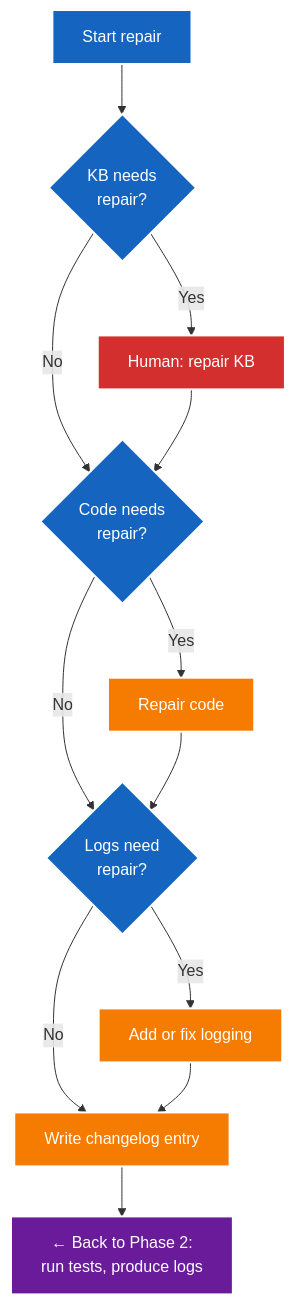
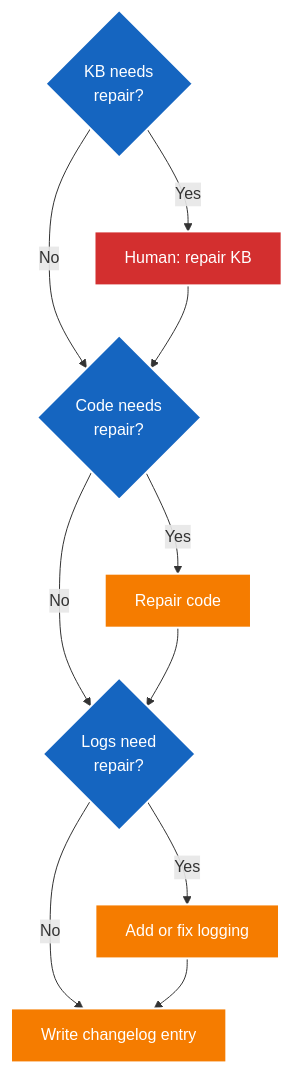
One commit to jacoby149/web10 changed the fifth of 5 diagrams in knowledge/knowledge-theories/ai-use-theory/ai-use-theory.md. Above: the diagram before and after it, drawn with Mermaid. The commit also changed other lines of this file, not shown here.

Commit message:
docs: Phase 1 repairs inline (no logs), Phase 3 repairs inline (with logs), Repair section is shared reference

````diff
--- a/knowledge/knowledge-theories/ai-use-theory/ai-use-theory.md
+++ b/knowledge/knowledge-theories/ai-use-theory/ai-use-theory.md
@@ -162,29 +160,24 @@
 ```mermaid
 flowchart TD
-    REPAIR["Start repair"] --> KB{"KB needs\nrepair?"}
-    KB -->|"Yes"| FIX_KB["Human: repair KB"]
+    KB{"KB needs\nrepair?"} -->|"Yes"| FIX_KB["Human: repair KB"]
     KB -->|"No"| CODE{"Code needs\nrepair?"}
     FIX_KB --> CODE
     CODE -->|"Yes"| FIX_CODE["Repair code"]
     CODE -->|"No"| LOGS{"Logs need\nrepair?"}
     FIX_CODE --> LOGS
     LOGS -->|"Yes"| FIX_LOGS["Add or fix logging"]
     LOGS -->|"No"| CHANGELOG["Write changelog entry"]
     FIX_LOGS --> CHANGELOG
-    CHANGELOG --> BACK["← Back to Phase 2:\nrun tests, produce logs"]
 
     classDef repair fill:#1565c0,color:#fff,stroke:#fff,stroke-width:2px
     classDef human fill:#d32f2f,color:#fff,stroke:#fff,stroke-width:2px
     classDef action fill:#f57c00,color:#fff,stroke:#fff,stroke-width:2px
-    classDef loop fill:#6a1b9a,color:#fff,stroke:#fff,stroke-width:2px
 
-    class REPAIR repair
     class KB repair
     class CODE repair
     class LOGS repair
     class FIX_KB human
     class FIX_CODE action
     class FIX_LOGS action
     class CHANGELOG action
-    class BACK loop
 ```
````
